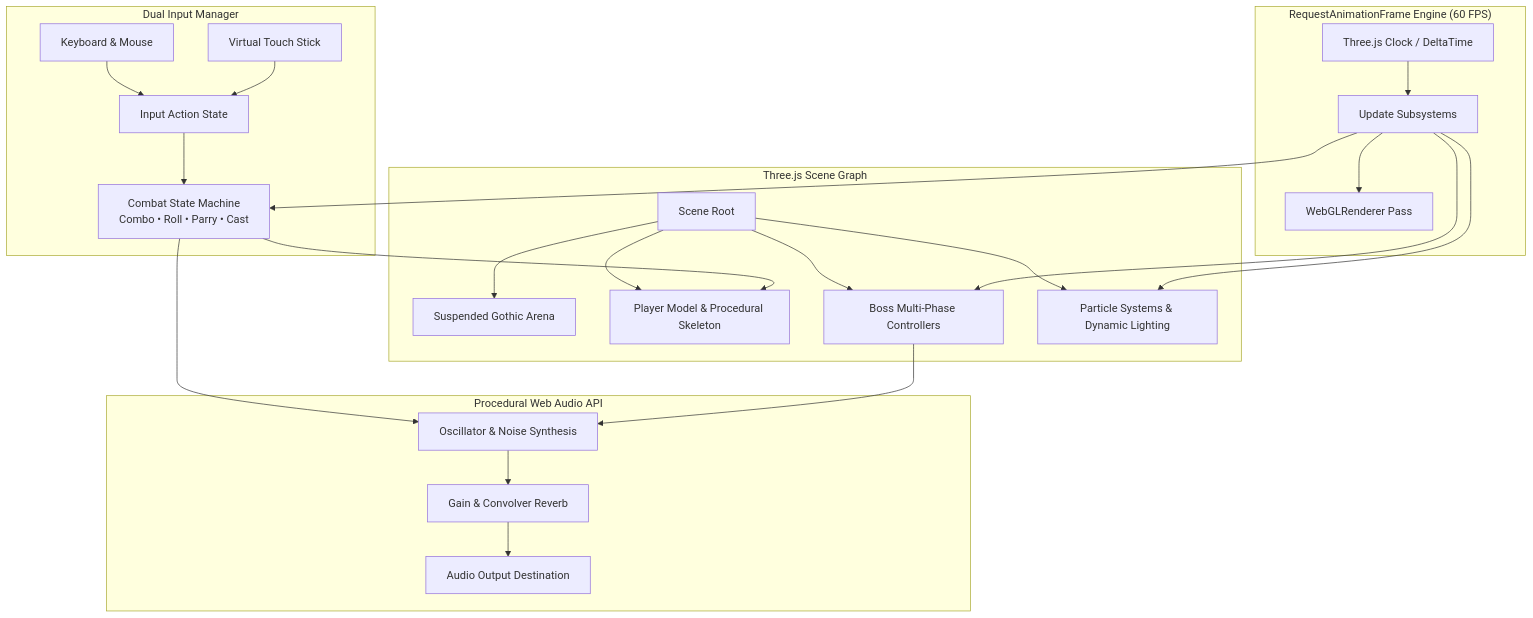
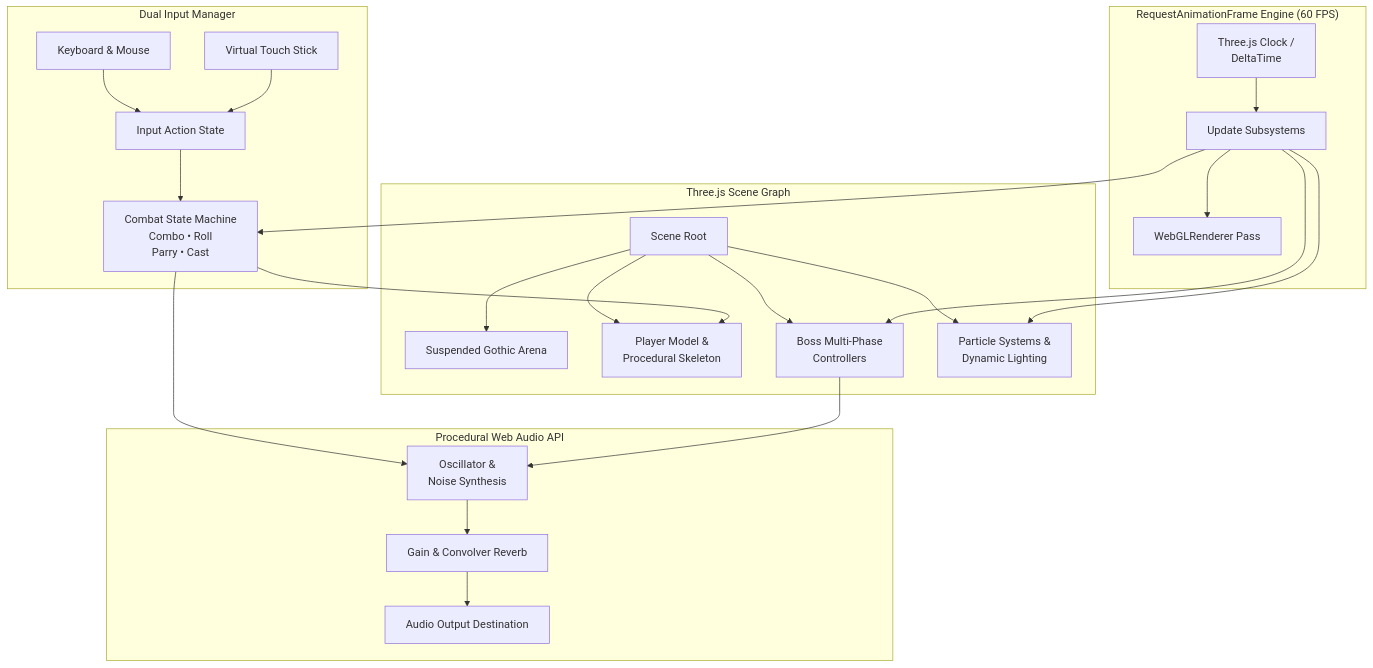
One commit to ISBANDURAHUMAN-R/3D-ARENA changed the diagram in README.md. Above: the diagram before and after it, drawn with Mermaid.

Commit message:
docs: fix Mermaid diagram text visibility, wrapping and responsive layout

````diff
--- a/README.md
+++ b/README.md
@@ -20,32 +20,32 @@
 ```mermaid
 graph TD
     subgraph CoreLoop ["RequestAnimationFrame Engine (60 FPS)"]
-        Clock["Three.js Clock / DeltaTime"] --> Update["Update Subsystems"]
+        Clock["Three.js Clock /<br/>DeltaTime"] --> Update["Update Subsystems"]
         Update --> Render["WebGLRenderer Pass"]
     end
 
     subgraph InputState ["Dual Input Manager"]
         Keyb["Keyboard & Mouse"] --> InputBus["Input Action State"]
         Touch["Virtual Touch Stick"] --> InputBus
-        InputBus --> CombatSM["Combat State Machine<br/>Combo • Roll • Parry • Cast"]
+        InputBus --> CombatSM["Combat State Machine<br/>Combo • Roll<br/>Parry • Cast"]
     end
 
     subgraph WorldScene ["Three.js Scene Graph"]
         Scene["Scene Root"] --> Arena["Suspended Gothic Arena"]
-        Scene --> Knight["Player Model & Procedural Skeleton"]
-        Scene --> Bosses["Boss Multi-Phase Controllers"]
-        Scene --> FX["Particle Systems & Dynamic Lighting"]
+        Scene --> Knight["Player Model &<br/>Procedural Skeleton"]
+        Scene --> Bosses["Boss Multi-Phase<br/>Controllers"]
+        Scene --> FX["Particle Systems &<br/>Dynamic Lighting"]
     end
 
     subgraph AudioEngine ["Procedural Web Audio API"]
-        CombatSM --> Synth["Oscillator & Noise Synthesis"]
+        CombatSM --> Synth["Oscillator &<br/>Noise Synthesis"]
         Bosses --> Synth
         Synth --> Gain["Gain & Convolver Reverb"]
         Gain --> Destination["Audio Output Destination"]
     end
 
     CombatSM --> Knight
     Update --> CombatSM
     Update --> Bosses
     Update --> FX
 ```
````
